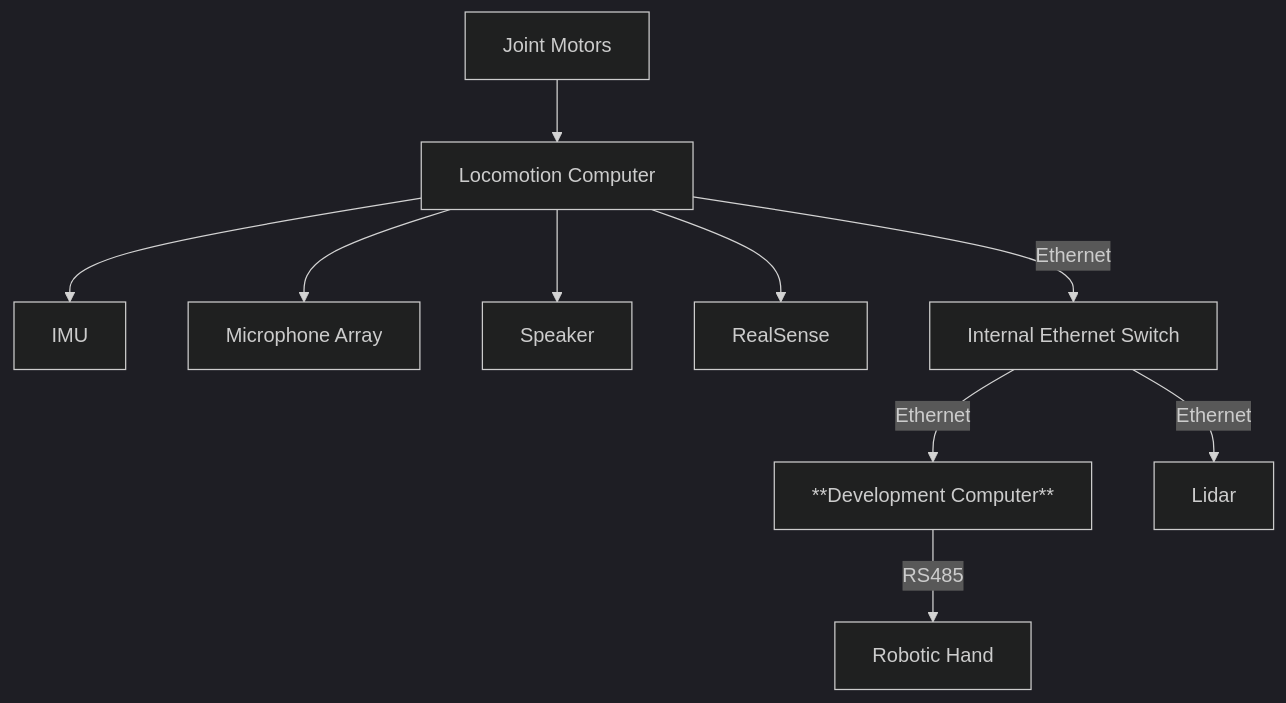
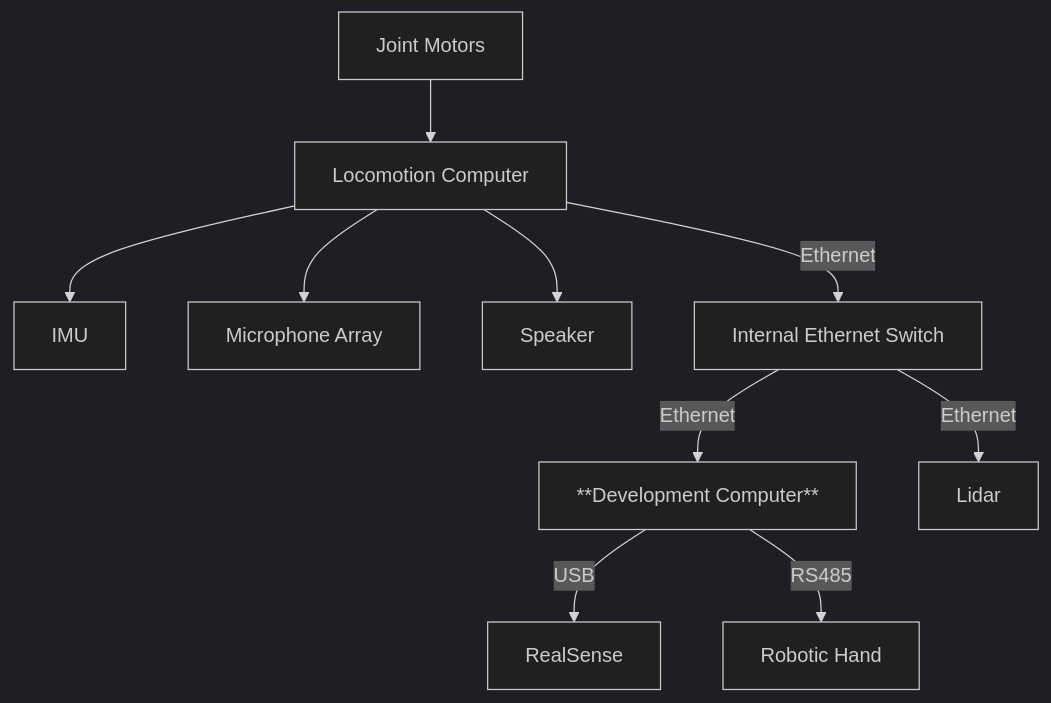
The first of 6 diagrams in tutorial/unitree/g1_dev_guide.md (westonrobot/docs), drawn with Mermaid (dark theme) before and after one commit. The commit also changed other lines of this file, not shown here.

````diff
--- a/tutorial/unitree/g1_dev_guide.md
+++ b/tutorial/unitree/g1_dev_guide.md
@@ -138,12 +138,12 @@
 ```mermaid
 flowchart TD
     A[Joint Motors] --> B[Locomotion Computer]
     B --> D[IMU]
     B --> E[Microphone Array]
     B --> F[Speaker]
-    B --> G[RealSense]
     B -->|Ethernet| S[Internal Ethernet Switch]
     S -->|Ethernet| C[**Development Computer**]
     S -->|Ethernet| H[Lidar]
+    C -->|USB| G[RealSense]
     C -->|RS485| I[Robotic Hand]
 ```
````
